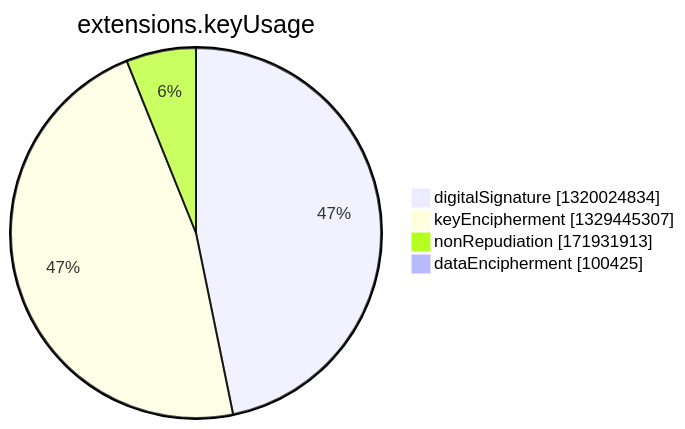
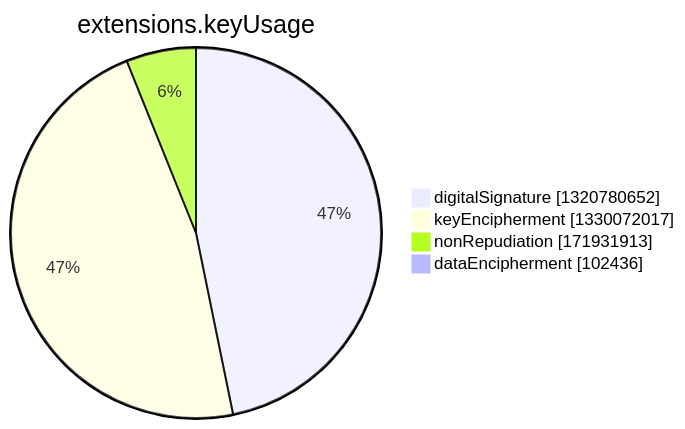
The seventh of 15 diagrams in argon2022/README.md (christiankrug/ctmonitor_visualization), drawn with Mermaid before and after one commit. The commit also changed other lines of this file, not shown here.

````diff
--- a/argon2022/README.md
+++ b/argon2022/README.md
@@ -2750,8 +2750,8 @@
 ```mermaid
 pie showData
 title extensions.keyUsage
-"digitalSignature" :1320024834
-"keyEncipherment" :1329445307
+"digitalSignature" :1320780652
+"keyEncipherment" :1330072017
 "nonRepudiation" :171931913
-"dataEncipherment" :100425
+"dataEncipherment" :102436
 ```
````
